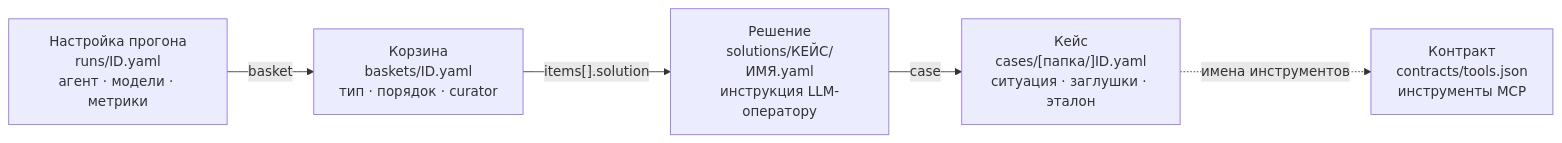
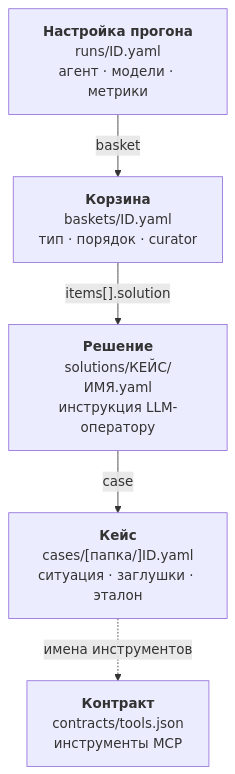
Before and after one commit to Arrogant-zz/cg: the first of 3 diagrams in docs/guide/README.md, drawn with Mermaid. The commit also changed other lines of this file and 5 other files, not shown here.

````diff
--- a/docs/guide/README.md
+++ b/docs/guide/README.md
@@ -18,12 +18,12 @@
 ```mermaid
-flowchart LR
-  R["Настройка прогона<br/>runs/ID.yaml<br/>агент · модели · метрики"]
-  B["Корзина<br/>baskets/ID.yaml<br/>тип · порядок · curator"]
-  S["Решение<br/>solutions/КЕЙС/ИМЯ.yaml<br/>инструкция LLM-оператору"]
-  C["Кейс<br/>cases/[папка/]ID.yaml<br/>ситуация · заглушки · эталон"]
-  T["Контракт<br/>contracts/tools.json<br/>инструменты MCP"]
+flowchart TB
+  R["<b>Настройка прогона</b><br/>runs/ID.yaml<br/>агент · модели · метрики"]
+  B["<b>Корзина</b><br/>baskets/ID.yaml<br/>тип · порядок · curator"]
+  S["<b>Решение</b><br/>solutions/КЕЙС/ИМЯ.yaml<br/>инструкция LLM-оператору"]
+  C["<b>Кейс</b><br/>cases/[папка/]ID.yaml<br/>ситуация · заглушки · эталон"]
+  T["<b>Контракт</b><br/>contracts/tools.json<br/>инструменты MCP"]
   R -- "basket" --> B
   B -- "items[].solution" --> S
   S -- "case" --> C
   C -. "имена инструментов" .-> T
 ```
````
